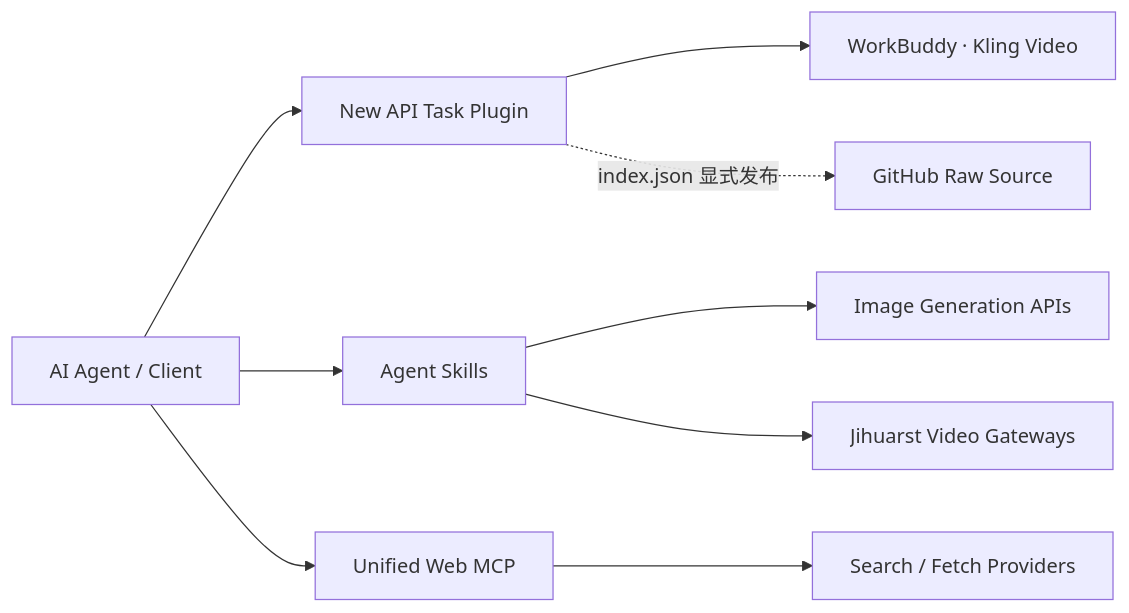
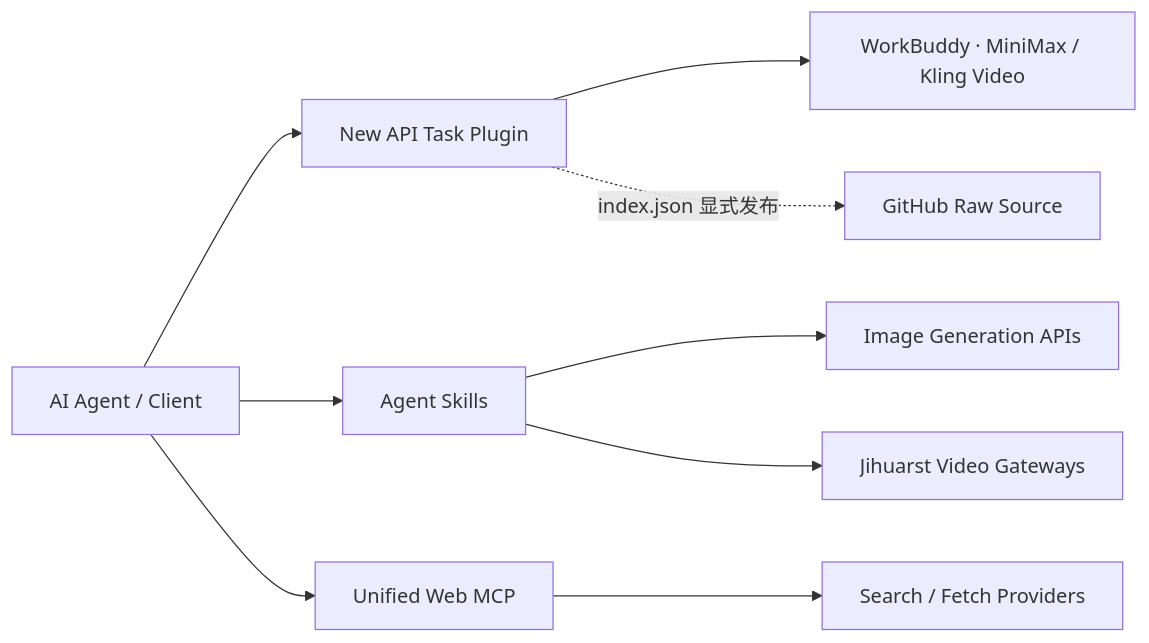
One commit to HeWenbin-bobo/new-api-plugins changed the diagram in README.md. Above: the diagram before and after it, drawn with Mermaid. The commit also changed other lines of this file and 16 other files, not shown here.

````diff
--- a/README.md
+++ b/README.md
@@ -43,13 +43,13 @@
 ```mermaid
 flowchart LR
     U[AI Agent / Client] --> P[New API Task Plugin]
     U --> S[Agent Skills]
     U --> M[Unified Web MCP]
 
-    P --> W[WorkBuddy · Kling Video]
+    P --> W[WorkBuddy · MiniMax / Kling Video]
     S --> I[Image Generation APIs]
     S --> V[Jihuarst Video Gateways]
     M --> R[Search / Fetch Providers]
 
     P -. "index.json 显式发布" .-> G[GitHub Raw Source]
 ```
````
